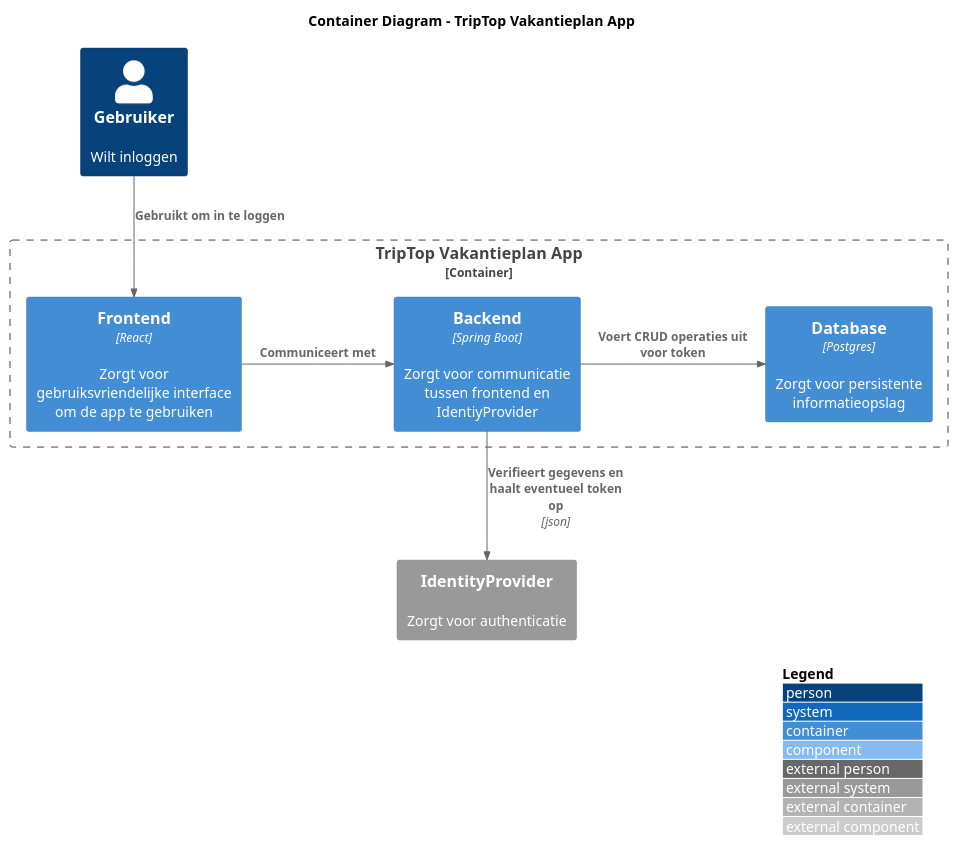
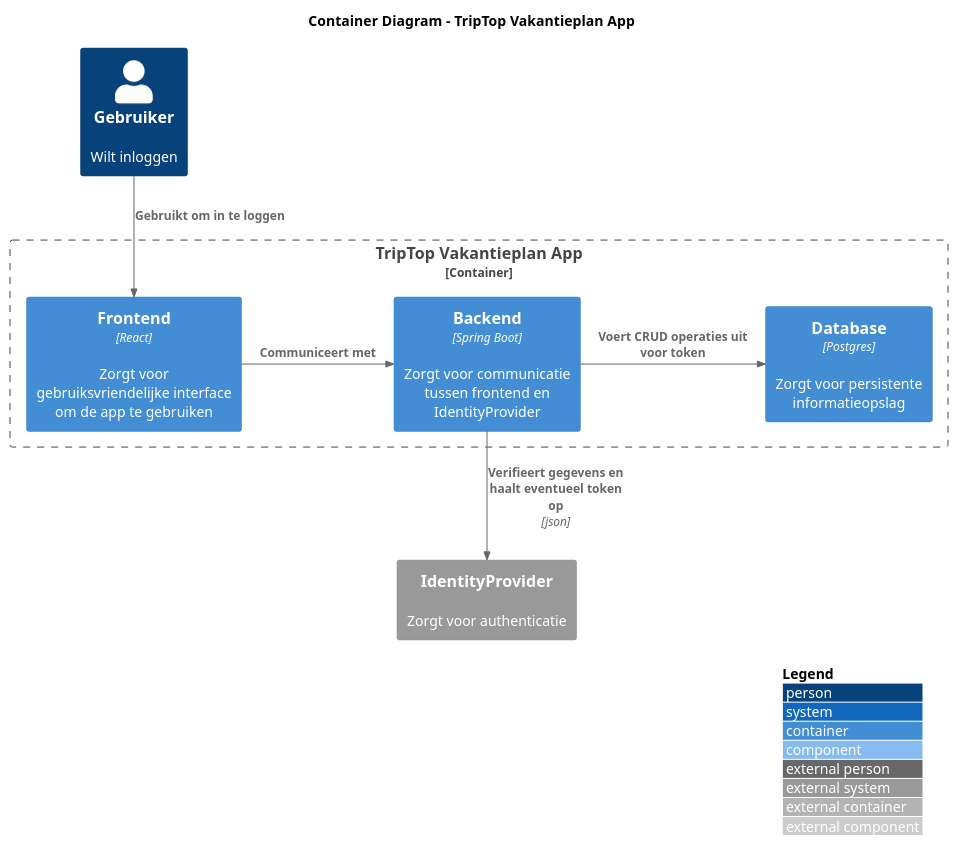
One commit to AIM-ENE-feb25/triptop-groep-3-pedro-ramon-mees changed the diagram in opdracht-diagrammen/container_diagram_inloggen_ramon.puml. Above: the diagram before and after it, drawn with PlantUML.

```diff
--- a/opdracht-diagrammen/container_diagram_inloggen_ramon.puml
+++ b/opdracht-diagrammen/container_diagram_inloggen_ramon.puml
@@ -1,27 +1,27 @@
 @startuml container_diagram_inloggen_ramon
 
 !include https://raw.githubusercontent.com/plantuml-stdlib/C4-PlantUML/master/C4_Component.puml
 
 title Container Diagram - TripTop Vakantieplan App
 
 Person(gebruiker, "Gebruiker", "Wilt inloggen")
 
 Container_Boundary(boundary, "TripTop Vakantieplan App") {
     Container(frontend, "Frontend", "React",       "Zorgt voor gebruiksvriendelijke interface om de app te gebruiken")
-    Container(backend,  "Backend",  "Spring Boot", "Zorgt voor communicatie tussen frontend en IdentiyProvider")
+    Container(backend,  "Backend",  "Spring Boot", "Zorgt voor communicatie tussen frontend en IdentityProvider")
     Container(db,       "Database", "Postgres",    "Zorgt voor persistente informatieopslag")
 }
 
 System_Ext(identityprovider, "IdentityProvider", "Zorgt voor authenticatie")
  
 Rel(gebruiker, frontend, "Gebruikt om in te loggen")
 
 Rel_R(frontend, backend, "Communiceert met")
 Rel_R(backend,  db,      "Voert CRUD operaties uit voor token")
 
 Rel(backend, identityprovider, "Verifieert gegevens en haalt eventueel token op", "json")
 
 SHOW_LEGEND(true)
 LAYOUT_WITH_LEGEND()
 
 @enduml
```
